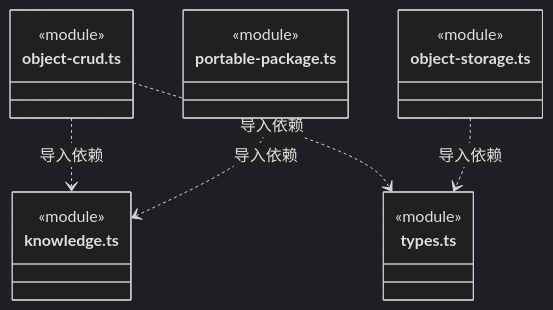
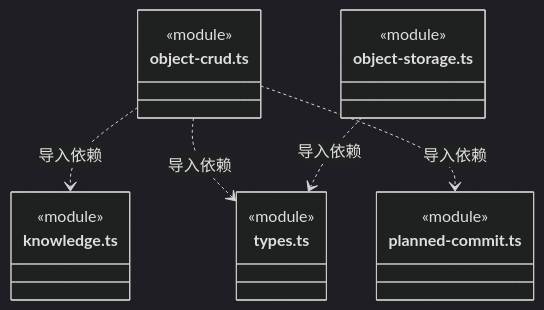
Before and after one commit to nan023062/cbim: diagram 25 of 28 in src/backend/core/knowledge/ARCHITECTURE.md, drawn with Mermaid (dark theme). The commit also changed other lines of this file and 97 other files, not shown here.

````diff
--- a/src/backend/core/knowledge/ARCHITECTURE.md
+++ b/src/backend/core/knowledge/ARCHITECTURE.md
@@ -542,22 +611,22 @@
 ```mermaid
 classDiagram
 class N_src_backend_core_knowledge_object_crud_ts["object-crud.ts"] {
   <<module>>
 }
 class N_src_backend_core_knowledge_knowledge_ts["knowledge.ts"] {
   <<module>>
 }
 class N_src_backend_core_knowledge_types_ts["types.ts"] {
   <<module>>
 }
-class N_src_backend_core_knowledge_object_storage_ts["object-storage.ts"] {
+class N_src_backend_core_knowledge_planned_commit_ts["planned-commit.ts"] {
   <<module>>
 }
-class N_src_backend_core_knowledge_portable_package_ts["portable-package.ts"] {
+class N_src_backend_core_knowledge_object_storage_ts["object-storage.ts"] {
   <<module>>
 }
 N_src_backend_core_knowledge_object_crud_ts ..> N_src_backend_core_knowledge_knowledge_ts : 导入依赖
 N_src_backend_core_knowledge_object_crud_ts ..> N_src_backend_core_knowledge_types_ts : 导入依赖
+N_src_backend_core_knowledge_object_crud_ts ..> N_src_backend_core_knowledge_planned_commit_ts : 导入依赖
 N_src_backend_core_knowledge_object_storage_ts ..> N_src_backend_core_knowledge_types_ts : 导入依赖
-N_src_backend_core_knowledge_portable_package_ts ..> N_src_backend_core_knowledge_knowledge_ts : 导入依赖
 ```
````
